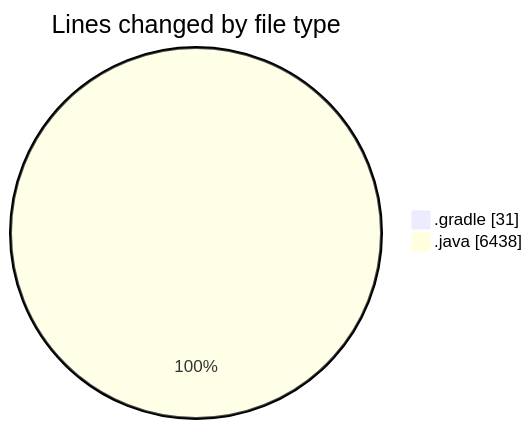
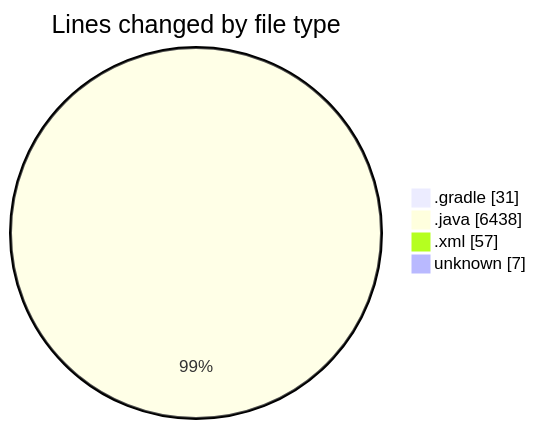
The first of 2 diagrams in 2025-02-21/micros/README.md (charlie-sans/code-tracking), drawn with Mermaid before and after one commit. The commit also changed other lines of this file and 1 other file, not shown here.

````diff
--- a/2025-02-21/micros/README.md
+++ b/2025-02-21/micros/README.md
@@ -44,6 +46,8 @@
 ```mermaid
 pie showData
 title Lines changed by file type
 ".gradle" : 31
 ".java" : 6438
+".xml" : 57
+"unknown" : 7
 ```
````
